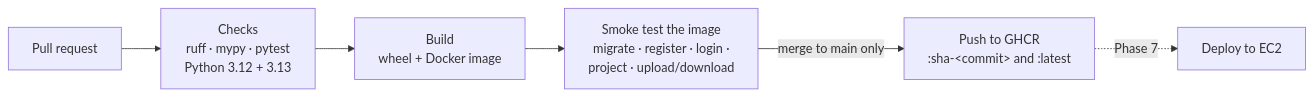
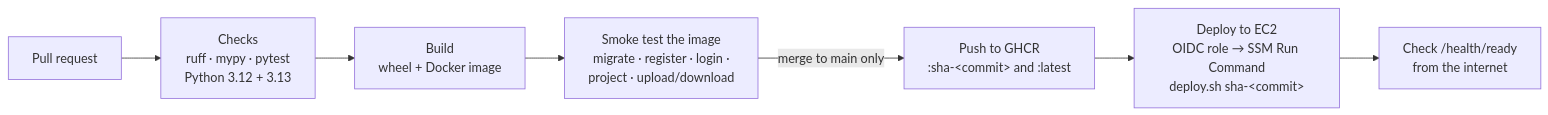
Before and after one commit to szegenytamas/Project-Management-Dashboard: the sixth of 6 diagrams in docs/architecture.md, drawn with Mermaid. The commit also changed other lines of this file and 4 other files, not shown here.

````diff
--- a/docs/architecture.md
+++ b/docs/architecture.md
@@ -174,8 +174,9 @@
 ```mermaid
 flowchart LR
     pr["Pull request"] --> checks["Checks<br/>ruff · mypy · pytest<br/>Python 3.12 + 3.13"]
     checks --> build["Build<br/>wheel + Docker image"]
     build --> smoke["Smoke test the image<br/>migrate · register · login ·<br/>project · upload/download"]
     smoke -->|"merge to main only"| push["Push to GHCR<br/>:sha-&lt;commit&gt; and :latest"]
-    push -.->|Phase 7| deploy["Deploy to EC2"]
+    push --> deploy["Deploy to EC2<br/>OIDC role → SSM Run Command<br/>deploy.sh sha-&lt;commit&gt;"]
+    deploy --> live["Check /health/ready<br/>from the internet"]
 ```
````
